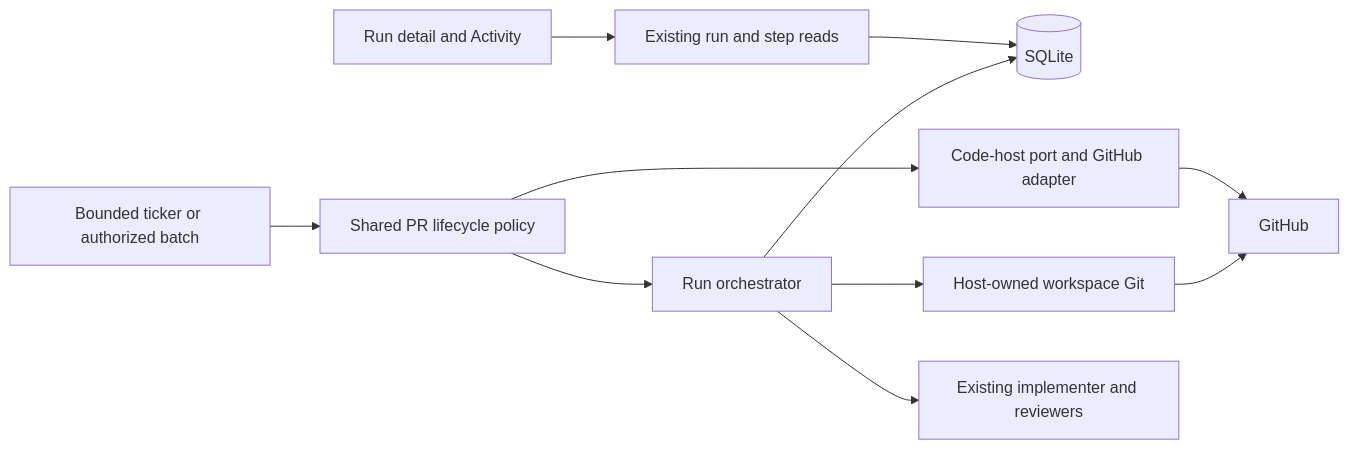
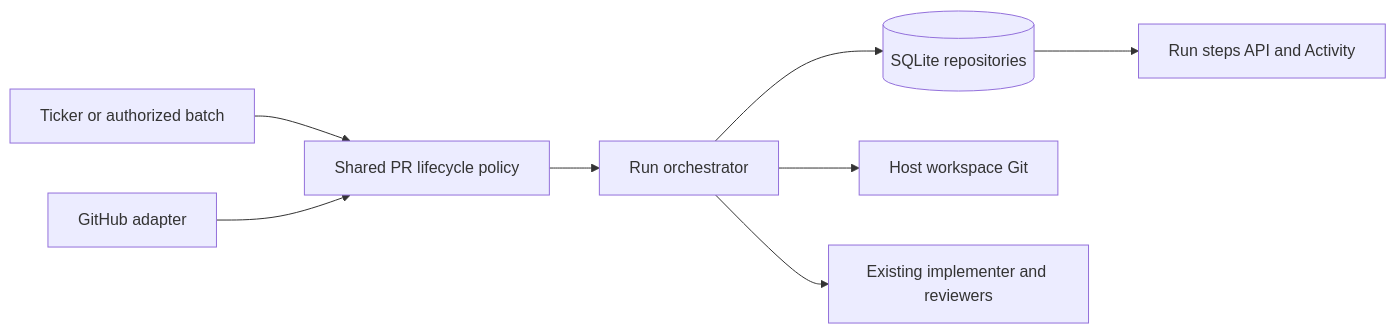
The third of 5 diagrams in context-human/specs/feature-pr-integration-and-ci-repair.md (markdstafford/autocatalyst), drawn with Mermaid before and after one commit. The commit also changed other lines of this file, not shown here.

````diff
--- a/context-human/specs/feature-pr-integration-and-ci-repair.md
+++ b/context-human/specs/feature-pr-integration-and-ci-repair.md
@@ -142,13 +138,10 @@
 ```mermaid
 flowchart LR
-  UI[Run detail and Activity] --> API[Existing run and step reads]
-  API --> DB[(SQLite)]
-  T[Bounded ticker or authorized batch] --> L[Shared PR lifecycle policy]
-  L --> H[Code-host port and GitHub adapter]
+  T[Ticker or authorized batch] --> L[Shared PR lifecycle policy]
+  H[GitHub adapter] --> L
   L --> O[Run orchestrator]
-  O --> DB
-  O --> W[Host-owned workspace Git]
+  O --> D[(SQLite repositories)]
+  O --> W[Host workspace Git]
   O --> R[Existing implementer and reviewers]
-  H --> G[GitHub]
-  W --> G
+  D --> A[Run steps API and Activity]
 ```
````
